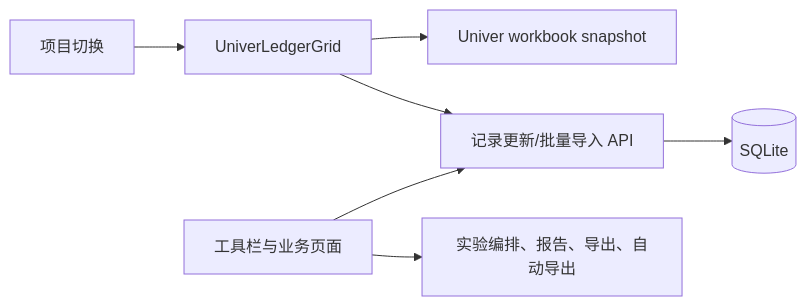
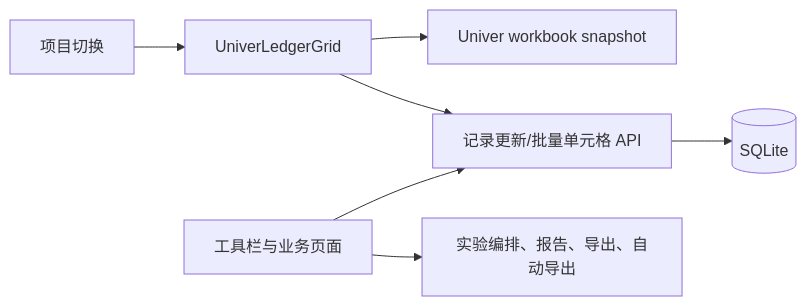
Before and after one commit to omentwo/GeneLabLedger: the second of 2 diagrams in docs/univer/architecture.md, drawn with Mermaid. The commit also changed other lines of this file and 63 other files, not shown here.

````diff
--- a/docs/univer/architecture.md
+++ b/docs/univer/architecture.md
@@ -18,9 +18,9 @@
 ```mermaid
 flowchart LR
   P[项目切换] --> W[UniverLedgerGrid]
   W --> S[Univer workbook snapshot]
-  W --> R[记录更新/批量导入 API]
+  W --> R[记录更新/批量单元格 API]
   R --> DB[(SQLite)]
   T[工具栏与业务页面] --> R
   T --> X[实验编排、报告、导出、自动导出]
 ```
````
